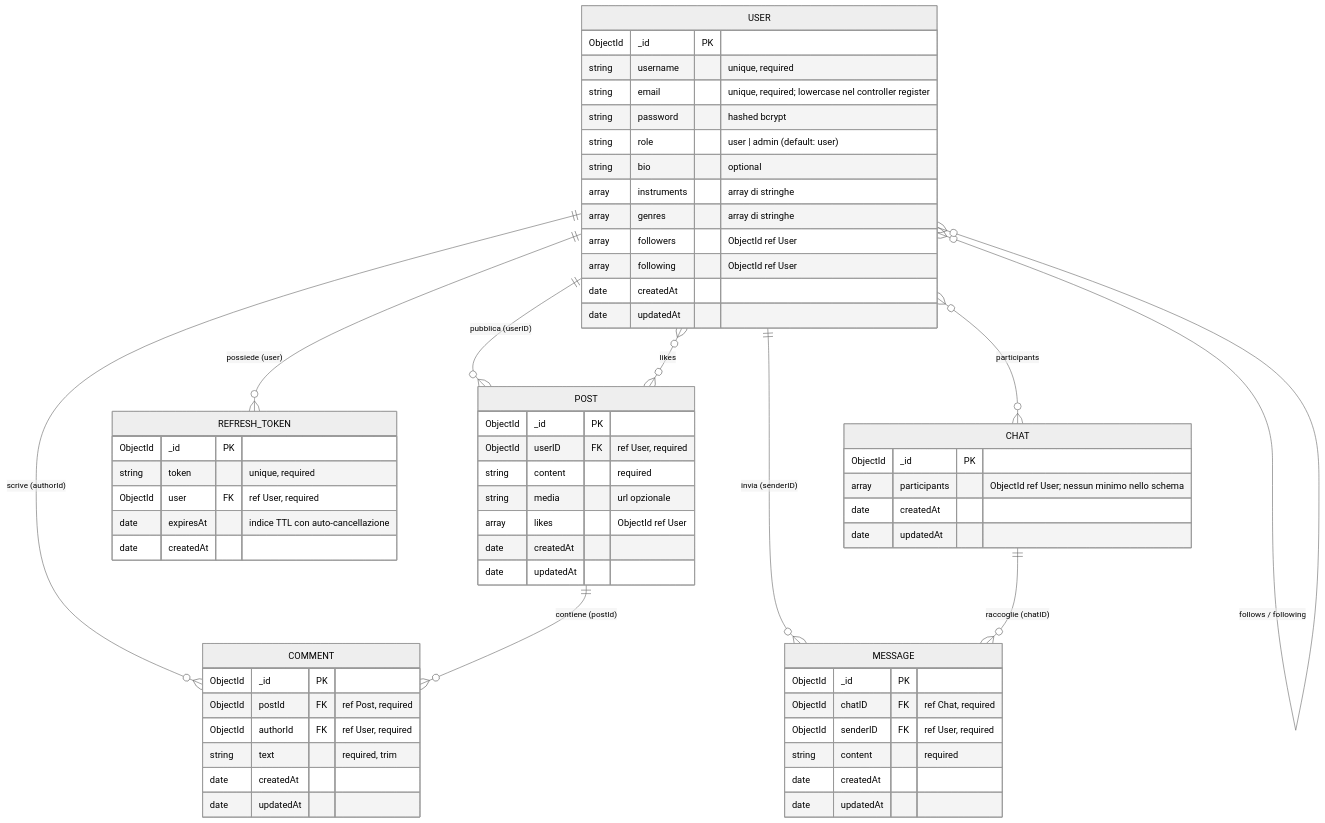
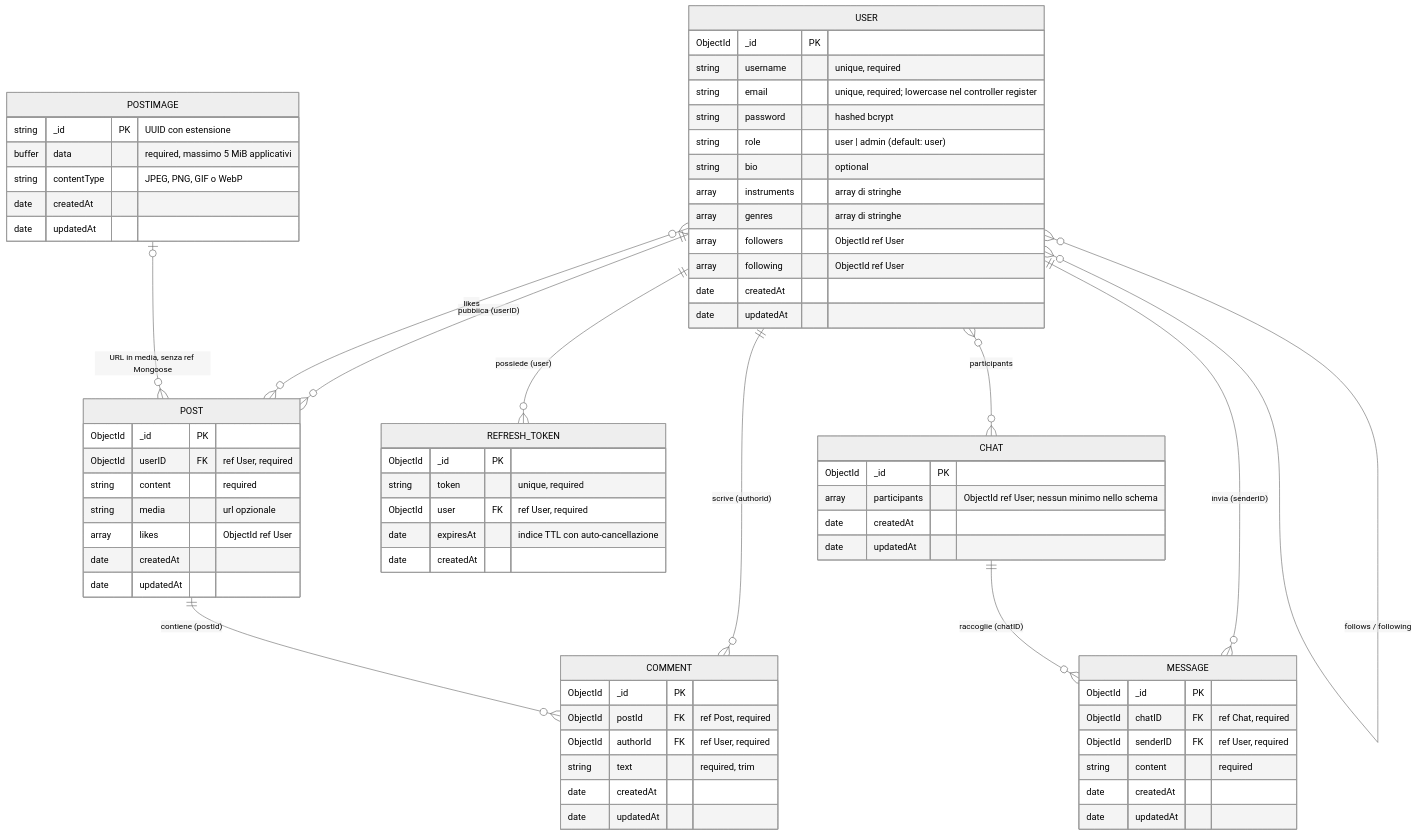
Before and after one commit to LucaValenz/JamPulse: the second of 5 diagrams in README.md, drawn with Mermaid (neutral theme). The commit also changed other lines of this file and 9 other files, not shown here.

````diff
--- a/README.md
+++ b/README.md
@@ -182,70 +182,79 @@
 ```mermaid
 erDiagram
     USER ||--o{ POST : "pubblica (userID)"
     USER ||--o{ COMMENT : "scrive (authorId)"
     USER ||--o{ MESSAGE : "invia (senderID)"
     USER ||--o{ REFRESH_TOKEN : "possiede (user)"
     USER }o--o{ USER : "follows / following"
     USER }o--o{ POST : "likes"
     USER }o--o{ CHAT : "participants"
     POST ||--o{ COMMENT : "contiene (postId)"
     CHAT ||--o{ MESSAGE : "raccoglie (chatID)"
+    POSTIMAGE |o--o{ POST : "URL in media, senza ref Mongoose"
+
+    POSTIMAGE {
+        string _id PK "UUID con estensione"
+        buffer data "required, massimo 5 MiB applicativi"
+        string contentType "JPEG, PNG, GIF o WebP"
+        date createdAt
+        date updatedAt
+    }
 
     REFRESH_TOKEN {
         ObjectId _id PK
         string token "unique, required"
         ObjectId user FK "ref User, required"
         date expiresAt "indice TTL con auto-cancellazione"
         date createdAt
     }
 
     USER {
         ObjectId _id PK
         string username "unique, required"
         string email "unique, required; lowercase nel controller register"
         string password "hashed bcrypt"
         string role "user | admin (default: user)"
         string bio "optional"
         array instruments "array di stringhe"
         array genres "array di stringhe"
         array followers "ObjectId ref User"
         array following "ObjectId ref User"
         date createdAt
         date updatedAt
     }
 
     POST {
         ObjectId _id PK
         ObjectId userID FK "ref User, required"
         string content "required"
         string media "url opzionale"
         array likes "ObjectId ref User"
         date createdAt
         date updatedAt
     }
 
     COMMENT {
         ObjectId _id PK
         ObjectId postId FK "ref Post, required"
         ObjectId authorId FK "ref User, required"
         string text "required, trim"
         date createdAt
         date updatedAt
     }
 
     CHAT {
         ObjectId _id PK
         array participants "ObjectId ref User; nessun minimo nello schema"
         date createdAt
         date updatedAt
     }
 
     MESSAGE {
         ObjectId _id PK
         ObjectId chatID FK "ref Chat, required"
         ObjectId senderID FK "ref User, required"
         string content "required"
         date createdAt
         date updatedAt
     }
 ```
````
